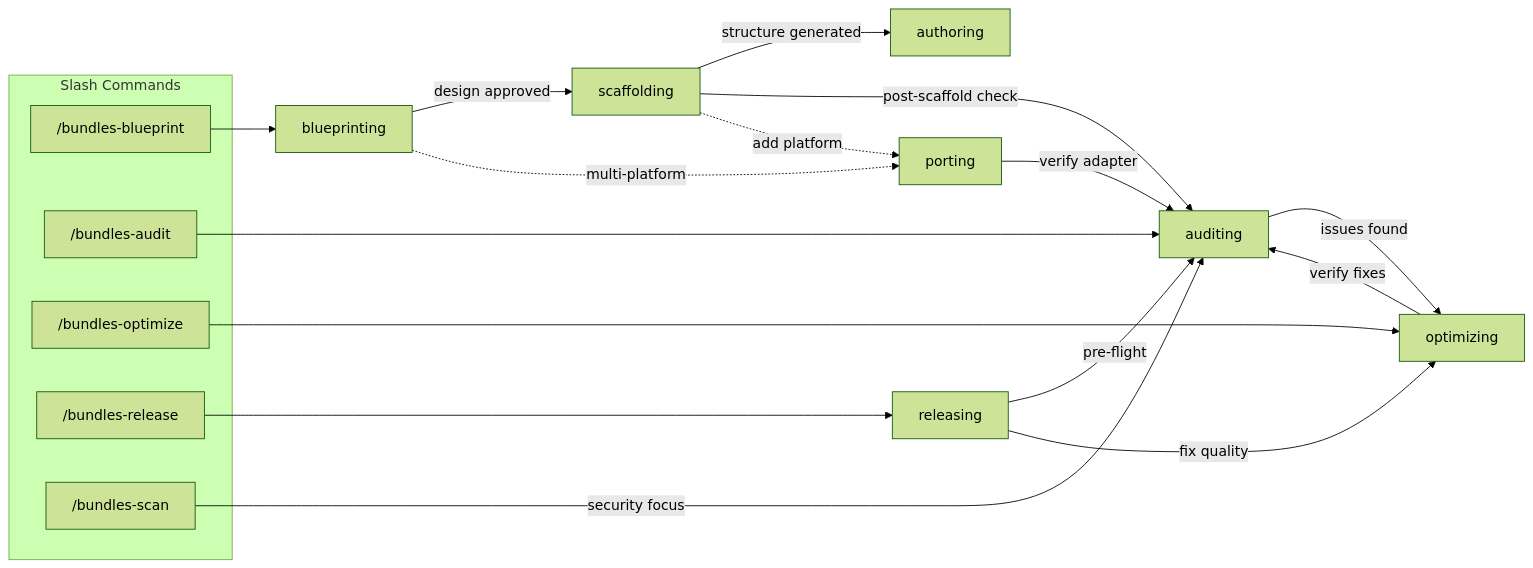
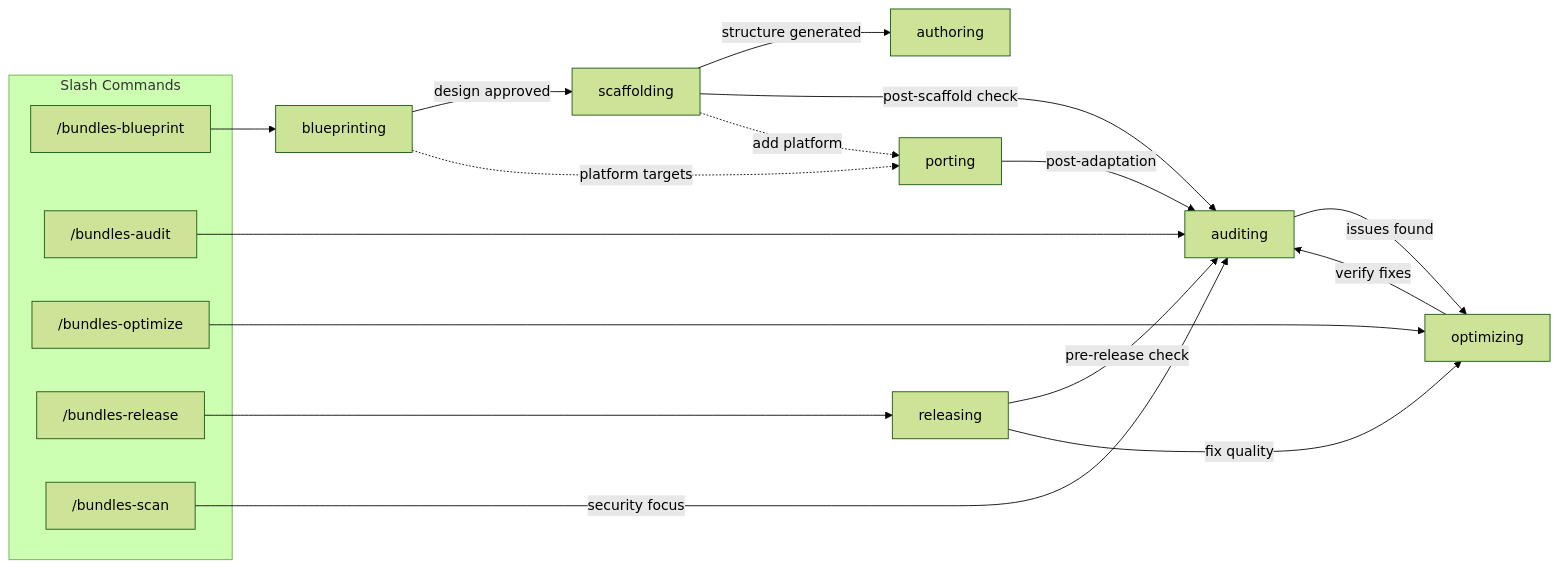
One commit to OdradekAI/skill-engineering-guide changed the third of 3 diagrams in README.md. Above: the diagram before and after it, drawn with Mermaid (forest theme). The commit also changed other lines of this file and 13 other files, not shown here.

````diff
--- a/README.md
+++ b/README.md
@@ -325,27 +159,27 @@
 ```mermaid
 flowchart LR
     subgraph commands [Slash Commands]
         CMD_BP["/bundles-blueprint"]
         CMD_AU["/bundles-audit"]
         CMD_OP["/bundles-optimize"]
         CMD_RE["/bundles-release"]
         CMD_SC["/bundles-scan"]
     end
 
     CMD_BP --> blueprinting
     CMD_AU --> auditing
     CMD_OP --> optimizing
     CMD_RE --> releasing
     CMD_SC -->|"security focus"| auditing
 
     blueprinting -->|"design approved"| scaffolding
     scaffolding -->|"structure generated"| authoring
     scaffolding -->|"post-scaffold check"| auditing
     auditing -->|"issues found"| optimizing
     optimizing -->|"verify fixes"| auditing
-    releasing -->|"pre-flight"| auditing
+    releasing -->|"pre-release check"| auditing
     releasing -->|"fix quality"| optimizing
-    blueprinting -.->|"multi-platform"| porting
+    blueprinting -.->|"platform targets"| porting
     scaffolding -.->|"add platform"| porting
-    porting -->|"verify adapter"| auditing
+    porting -->|"post-adaptation"| auditing
 ```
````
